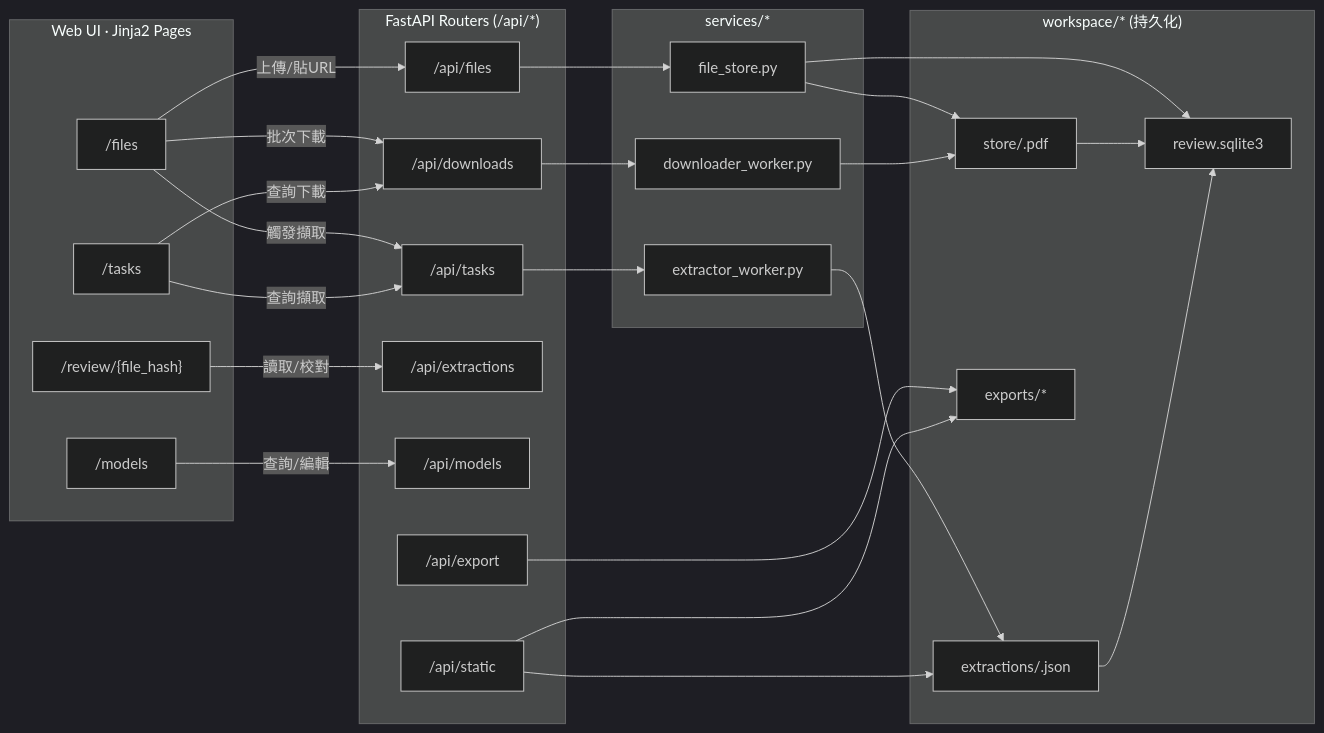
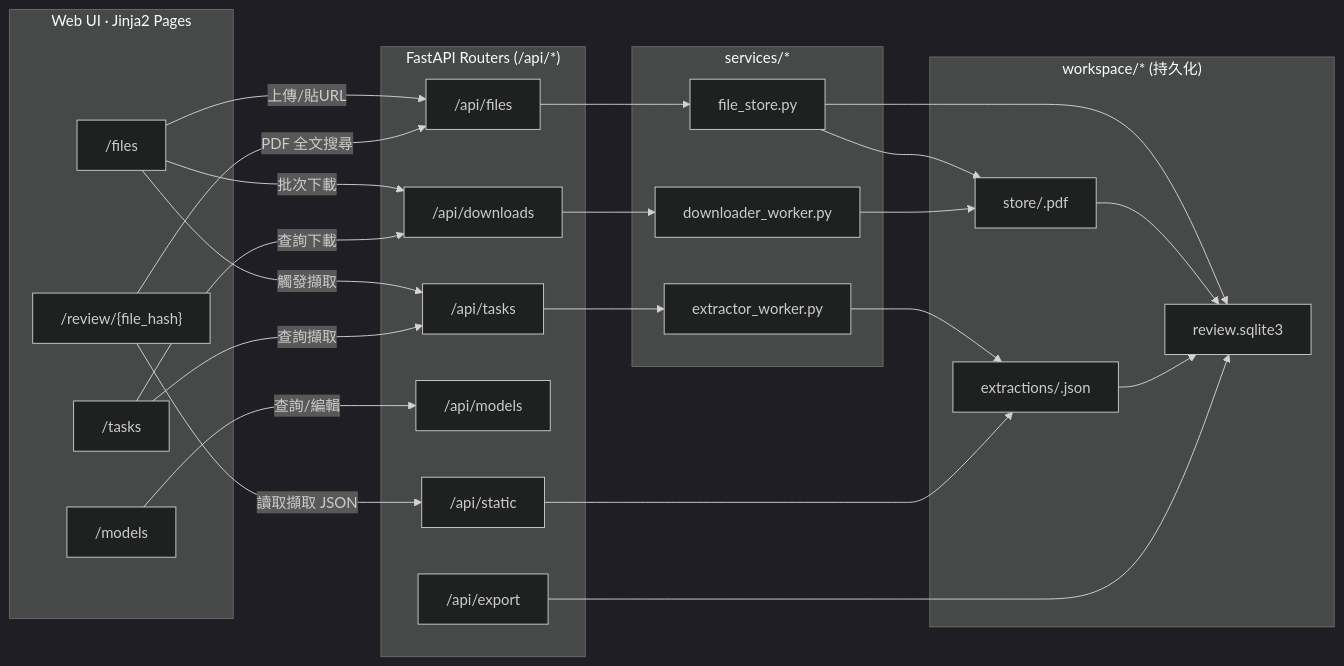
One commit to funwilliam/Datasheet-Proofing changed the diagram in README.md. Above: the diagram before and after it, drawn with Mermaid (dark theme). The commit also changed other lines of this file and 1 other file, not shown here.

````diff
--- a/README.md
+++ b/README.md
@@ -12,59 +12,57 @@
 ```mermaid
 flowchart LR
   %% --- Subgraphs with safe titles ---
   subgraph UI["Web UI · Jinja2 Pages"]
     F["/files"]
     R["/review/{file_hash}"]
     M["/models"]
     T["/tasks"]
   end
 
   subgraph API["FastAPI Routers (/api/*)"]
     A1["/api/files"]
     A2["/api/downloads"]
     A3["/api/tasks"]
-    A4["/api/extractions"]
-    A5["/api/models"]
-    A6["/api/export"]
-    A7["/api/static"]
+    A4["/api/models"]
+    A5["/api/export"]
+    A6["/api/static"]
   end
 
   subgraph SVC["services/*"]
     DWD["downloader_worker.py"]
     EXT["extractor_worker.py"]
     FS["file_store.py"]
   end
 
   subgraph WS["workspace/* (持久化)"]
     STORE["store/<hash>.pdf"]
     EXTR["extractions/<hash>.json"]
     DB["review.sqlite3"]
-    EXP["exports/*"]
   end
 
   %% --- UI -> API actions ---
   F -->|上傳/貼URL| A1
   F -->|批次下載| A2
   F -->|觸發擷取| A3
-  R -->|讀取/校對| A4
-  M -->|查詢/編輯| A5
+  R -->|PDF 全文搜尋| A1
+  R -->|讀取擷取 JSON| A6
+  M -->|查詢/編輯| A4
   T -->|查詢下載| A2
   T -->|查詢擷取| A3
 
   %% --- API -> services/data flow ---
   A1 --> FS
   FS --> STORE
   FS --> DB
 
   A2 --> DWD
   DWD --> STORE
   STORE --> DB
 
   A3 --> EXT
   EXT --> EXTR
   EXTR --> DB
 
-  A6 --> EXP
-  A7 --> EXTR
-  A7 --> EXP
+  A6 --> EXTR
+  A5 --> DB
 ```
````
